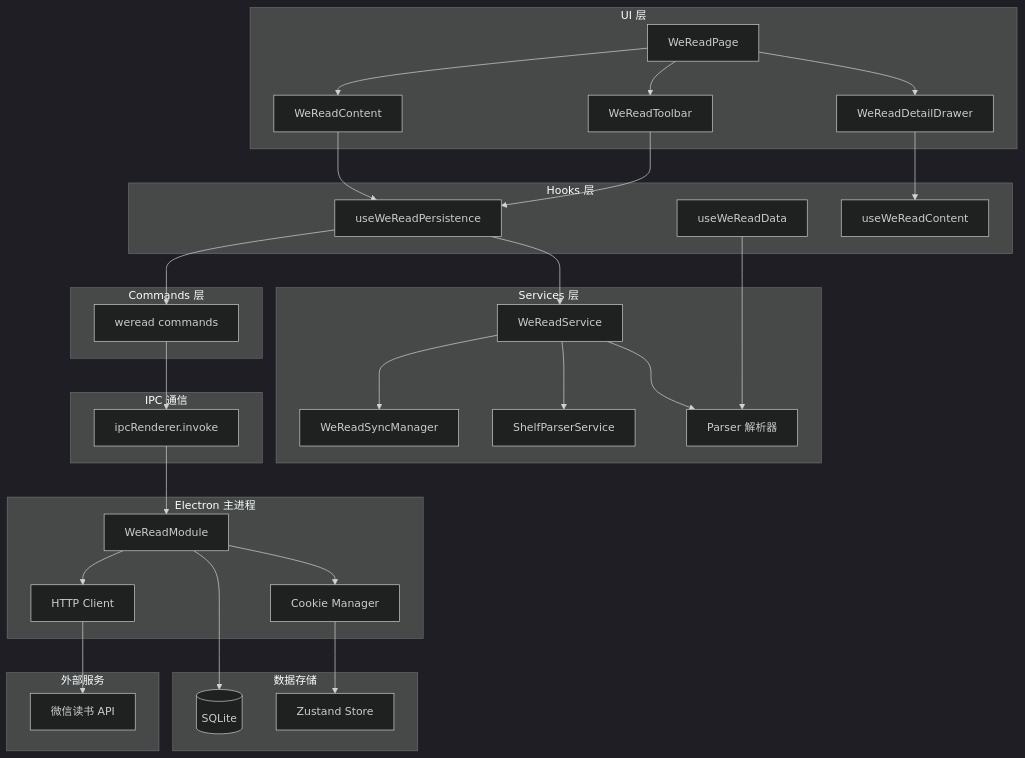
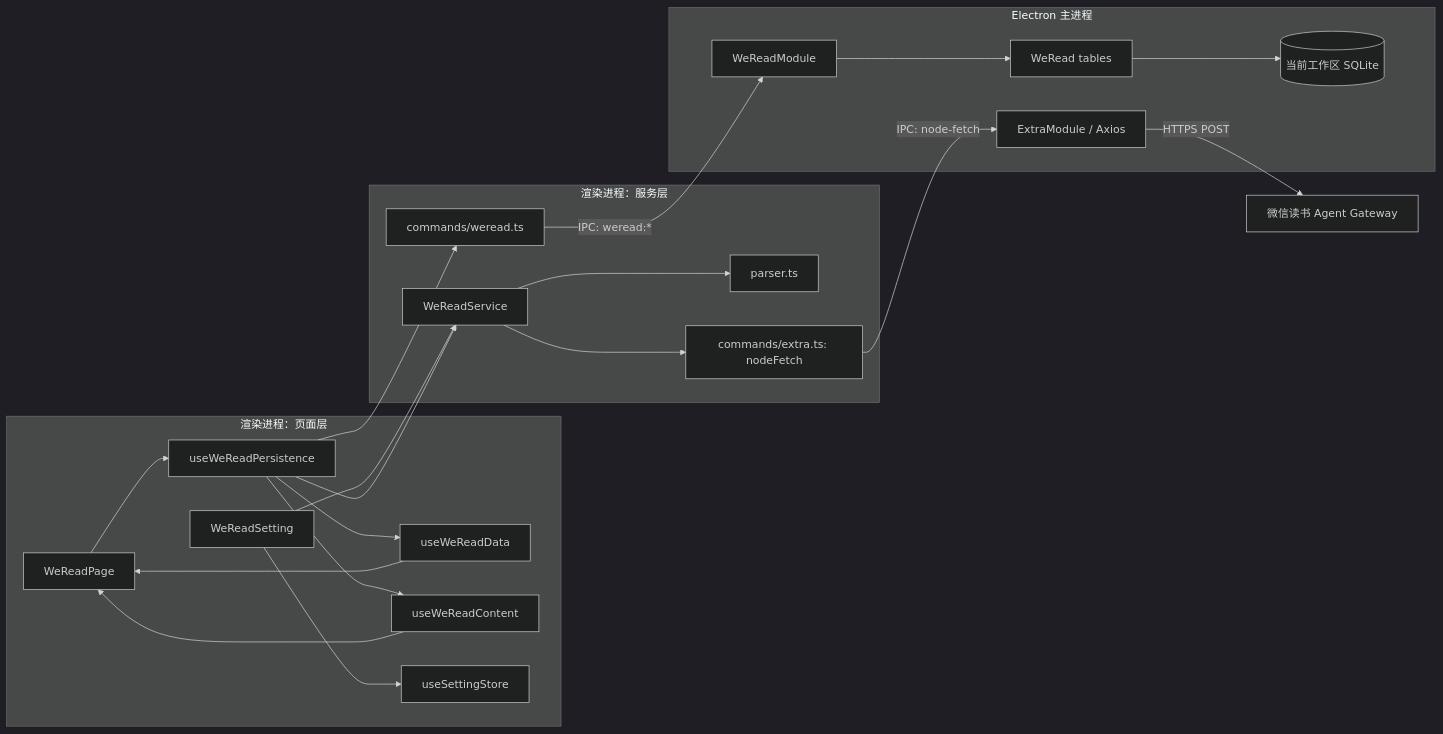
Before and after one commit to LastKnightCoder/editor: the first of 6 diagrams in docs/weread-data-flow.md, drawn with Mermaid (dark theme). The commit also changed other lines of this file, not shown here.

````diff
--- a/docs/weread-data-flow.md
+++ b/docs/weread-data-flow.md
@@ -25,59 +24,41 @@
 ```mermaid
-graph TB
-    subgraph "UI 层"
-        A[WeReadPage]
-        B[WeReadToolbar]
-        C[WeReadContent]
-        D[WeReadDetailDrawer]
+flowchart LR
+    subgraph UI[渲染进程：页面层]
+        Settings[WeReadSetting]
+        Page[WeReadPage]
+        Persistence[useWeReadPersistence]
+        Data[useWeReadData]
+        Content[useWeReadContent]
+        Store[useSettingStore]
     end
 
-    subgraph "Hooks 层"
-        E[useWeReadPersistence]
-        F[useWeReadData]
-        G[useWeReadContent]
+    subgraph Service[渲染进程：服务层]
+        WeReadService[WeReadService]
+        Parser[parser.ts]
+        Commands[commands/weread.ts]
+        NodeFetch[commands/extra.ts: nodeFetch]
     end
 
-    subgraph "Services 层"
-        H[WeReadService]
-        I[WeReadSyncManager]
-        J[ShelfParserService]
-        K[Parser 解析器]
+    subgraph Main[Electron 主进程]
+        Extra[ExtraModule / Axios]
+        WeReadModule[WeReadModule]
+        Tables[WeRead tables]
+        DB[(当前工作区 SQLite)]
     end
 
-    subgraph "Commands 层"
-        L[weread commands]
-    end
+    Gateway[微信读书 Agent Gateway]
 
-    subgraph "IPC 通信"
-        M[ipcRenderer.invoke]
-    end
-
-    subgraph "Electron 主进程"
-        N[WeReadModule]
-        O[HTTP Client]
-        P[Cookie Manager]
-    end
-
-    subgraph "数据存储"
-        Q[(SQLite)]
-        R[Zustand Store]
-    end
-
-    subgraph "外部服务"
-        S[微信读书 API]
-    end
-
-    A --> B & C & D
-    B --> E
-    C --> E
-    D --> G
-    E --> H & L
-    F --> K
-    H --> I & J & K
-    L --> M
-    M --> N
-    N --> O & P
-    O --> S
-    P --> R
-    N --> Q
+    Settings --> Store
+    Settings --> WeReadService
+    Page --> Persistence
+    Persistence --> WeReadService
+    WeReadService --> Parser
+    WeReadService --> NodeFetch
+    NodeFetch -->|IPC: node-fetch| Extra
+    Extra -->|HTTPS POST| Gateway
+    Persistence --> Commands
+    Commands -->|IPC: weread:*| WeReadModule
+    WeReadModule --> Tables --> DB
+    Persistence --> Data --> Page
+    Persistence --> Content --> Page
 ```
````
